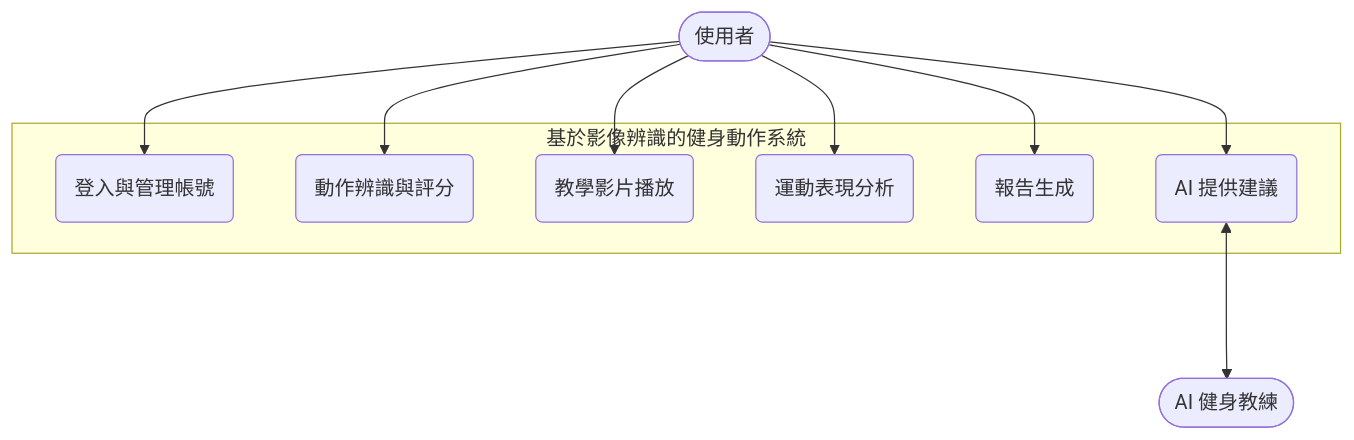
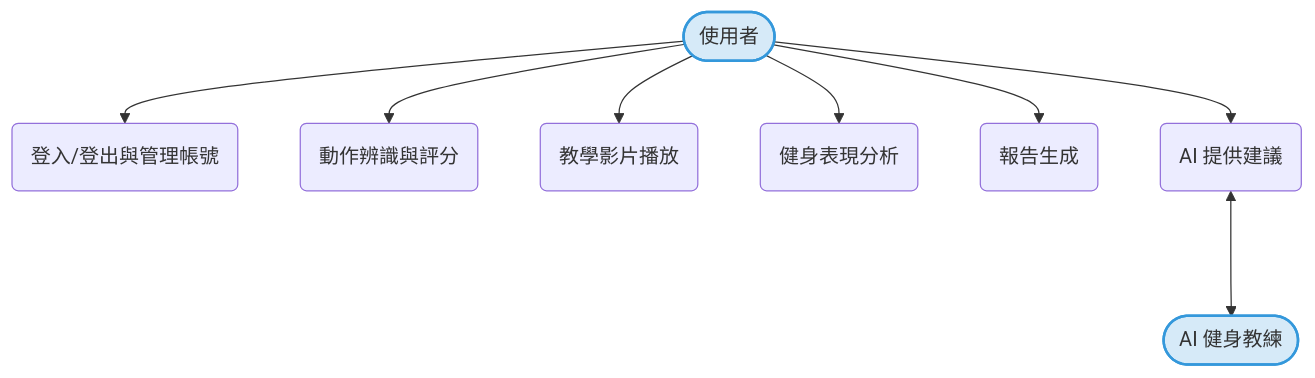
One commit to kyw012/team-project changed the second of 2 diagrams in hw3.md. Above: the diagram before and after it, drawn with Mermaid. The commit also changed other lines of this file, not shown here.

````diff
--- a/hw3.md
+++ b/hw3.md
@@ -76,23 +66,25 @@
 ```mermaid
 graph TD
     actorUser([使用者])
     actorAI([AI 健身教練])
     
-    subgraph 系統[基於影像辨識的健身動作系統]
-        UC1(登入與管理帳號)
-        UC2(動作辨識與評分)
-        UC3(教學影片播放)
-        UC4(運動表現分析)
-        UC5(報告生成)
-        UC6(AI 提供建議)
-    end
+    UC1(登入/登出與管理帳號)
+    UC2(動作辨識與評分)
+    UC3(教學影片播放)
+    UC4(健身表現分析)
+    UC5(報告生成)
+    UC6(AI 提供建議)
 
     actorUser --> UC1
     actorUser --> UC2
     actorUser --> UC3
     actorUser --> UC4
     actorUser --> UC5
     actorUser --> UC6
-    
+
     UC6 <---> actorAI
+
+%% 設定顏色樣式
+    style actorUser fill:#D6EAF8,stroke:#3498DB,stroke-width:2px
+    style actorAI fill:#D6EAF8,stroke:#3498DB,stroke-width:2px
 ```
````
